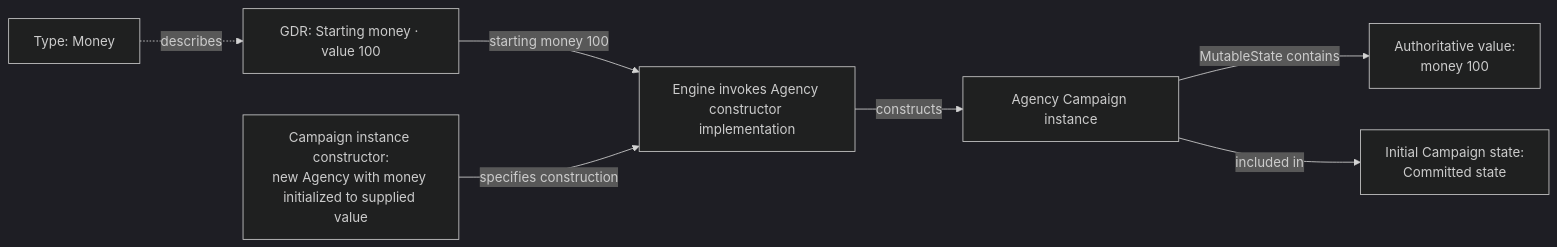
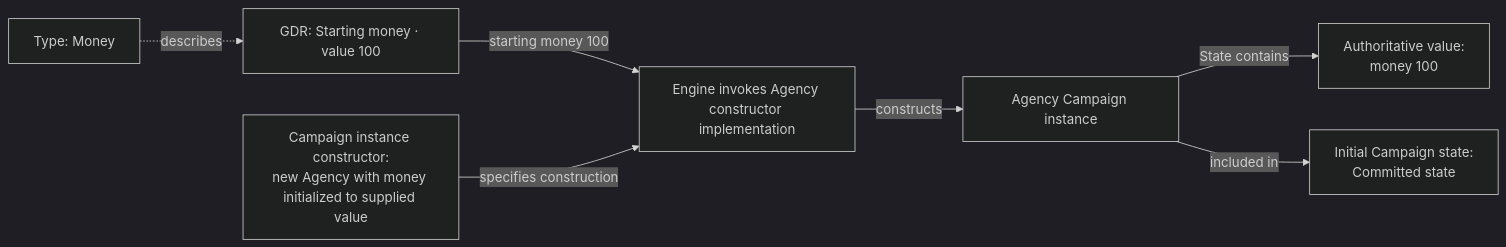
The first of 4 diagrams in docs/specs/foundation/modeling-foundations.md (konrad-jamrozik/game-v5), drawn with Mermaid (dark theme) before and after one commit. The commit also changed other lines of this file and 12 other files, not shown here.

````diff
--- a/docs/specs/foundation/modeling-foundations.md
+++ b/docs/specs/foundation/modeling-foundations.md
@@ -189,9 +190,9 @@
 ```mermaid
 flowchart LR
     Type["Type: Money"] -.->|describes| GDR["GDR: Starting money · value 100"]
     GDR -->|starting money 100| Engine["Engine invokes Agency constructor implementation"]
     Constructor["Campaign instance constructor:<br/>new Agency with money initialized to supplied value"] -->|specifies construction| Engine
     Engine -->|constructs| Agency["Agency Campaign instance"]
-    Agency -->|MutableState contains| Money["Authoritative value:<br/>money 100"]
+    Agency -->|State contains| Money["Authoritative value:<br/>money 100"]
     Agency -->|included in| State["Initial Campaign state:<br/>Committed state"]
 ```
````
